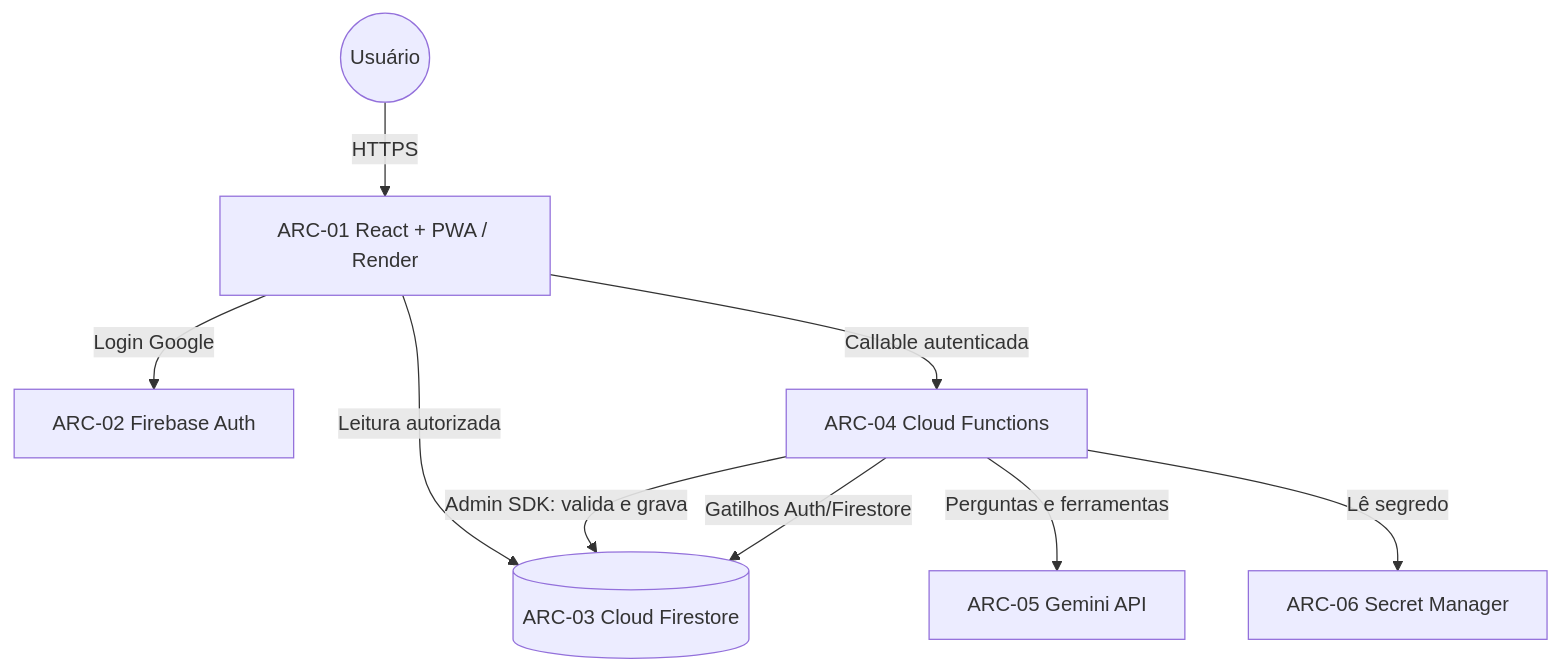
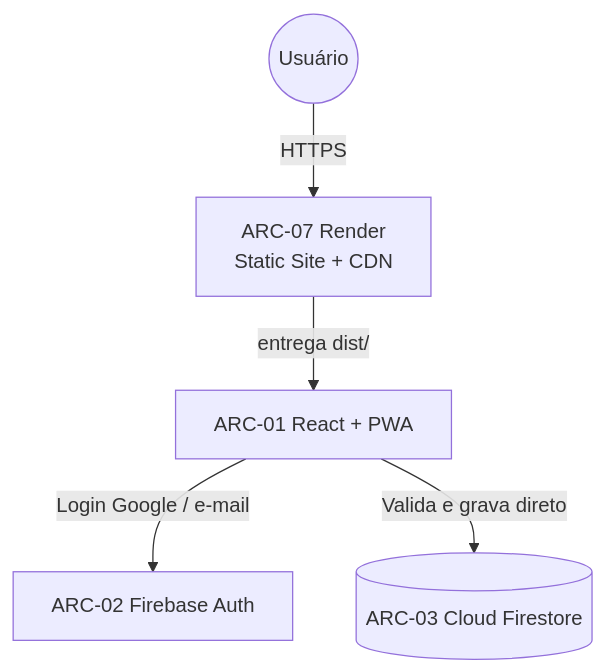
One commit to R3nato-code/horario-aula changed the diagram in docs/arquitetura/visao-geral.md. Above: the diagram before and after it, drawn with Mermaid. The commit also changed other lines of this file and 41 other files, not shown here.

````diff
--- a/docs/arquitetura/visao-geral.md
+++ b/docs/arquitetura/visao-geral.md
@@ -43,11 +43,7 @@
 ```mermaid
 graph TD
-    U((Usuário)) -->|HTTPS| PWA[ARC-01 React + PWA / Render]
-    PWA -->|Login Google| AUTH[ARC-02 Firebase Auth]
-    PWA -->|Leitura autorizada| FS[(ARC-03 Cloud Firestore)]
-    PWA -->|Callable autenticada| CF[ARC-04 Cloud Functions]
-    CF -->|Admin SDK: valida e grava| FS
-    CF -->|Perguntas e ferramentas| GEM[ARC-05 Gemini API]
-    CF -->|Lê segredo| SM[ARC-06 Secret Manager]
-    CF -->|Gatilhos Auth/Firestore| FS
+    U((Usuário)) -->|HTTPS| EDGE[ARC-07 Render<br/>Static Site + CDN]
+    EDGE -->|entrega dist/| PWA[ARC-01 React + PWA]
+    PWA -->|Login Google / e-mail| AUTH[ARC-02 Firebase Auth]
+    PWA -->|Valida e grava direto| FS[(ARC-03 Cloud Firestore)]
 ```
````
